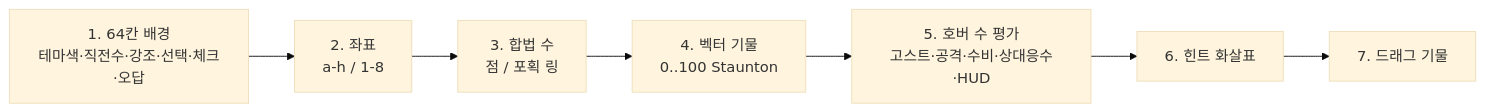
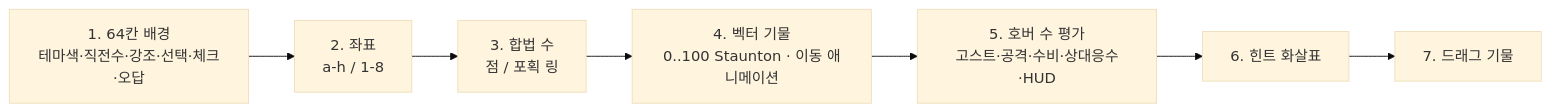
The diagram in docs/frontend.md (OOP-TeamA/chess-trainer), drawn with Mermaid (base theme) before and after one commit. The commit also changed other lines of this file and 2 other files, not shown here.

First line of the commit message:
feat: 체스판 기물 이동 애니메이션 추가

````diff
--- a/docs/frontend.md
+++ b/docs/frontend.md
@@ -30,10 +30,10 @@
 ```mermaid
 flowchart LR
     L1["1. 64칸 배경<br/>테마색·직전수·강조·선택·체크·오답"] -->
     L2["2. 좌표<br/>a-h / 1-8"] -->
     L3["3. 합법 수<br/>점 / 포획 링"] -->
-    L4["4. 벡터 기물<br/>0..100 Staunton"] -->
+    L4["4. 벡터 기물<br/>0..100 Staunton · 이동 애니메이션"] -->
     L5["5. 호버 수 평가<br/>고스트·공격·수비·상대응수·HUD"] -->
     L6["6. 힌트 화살표"] -->
     L7["7. 드래그 기물"]
 ```
````
